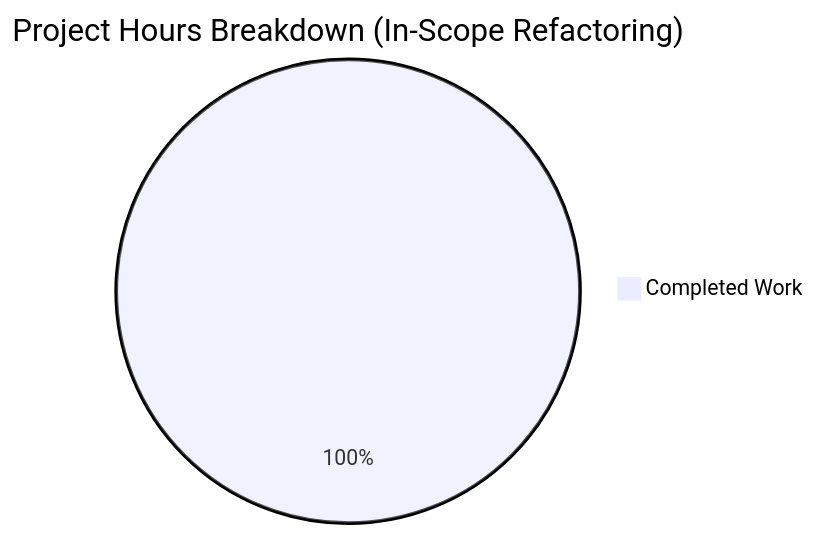
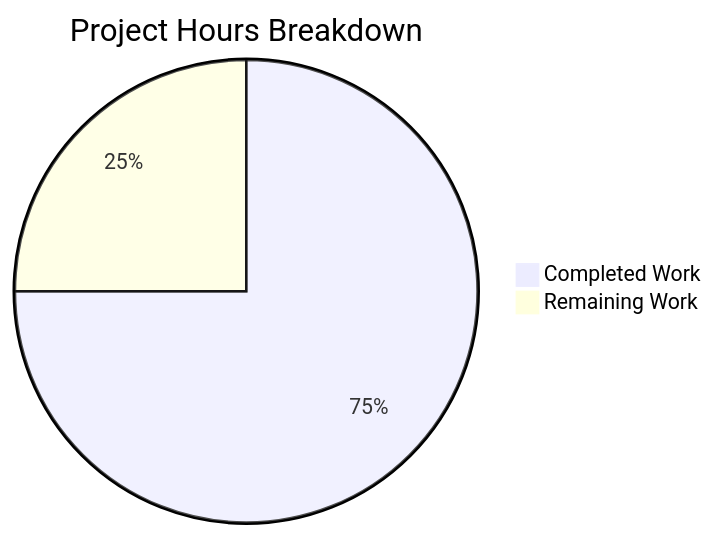
Before and after one commit to sudhanshu-spec/test-spec: the diagram in blitzy/documentation/Project Guide.md, drawn with Mermaid. The commit also changed other lines of this file, not shown here.

Commit message:
Adding Blitzy Project Guide: Project Status and Human Tasks Remaining

````diff
--- a/blitzy/documentation/Project Guide.md
+++ b/blitzy/documentation/Project Guide.md
@@ -62,4 +60,5 @@
 ```mermaid
-pie title Project Hours Breakdown (In-Scope Refactoring)
-    "Completed Work" : 4
+pie title Project Hours Breakdown
+    "Completed Work" : 9
+    "Remaining Work" : 3
 ```
````
